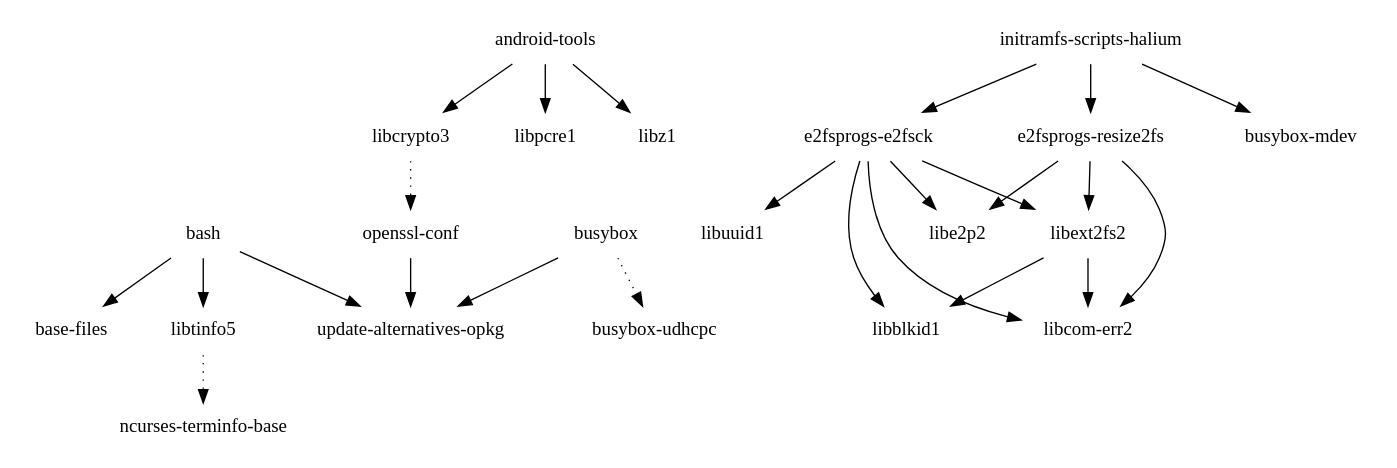
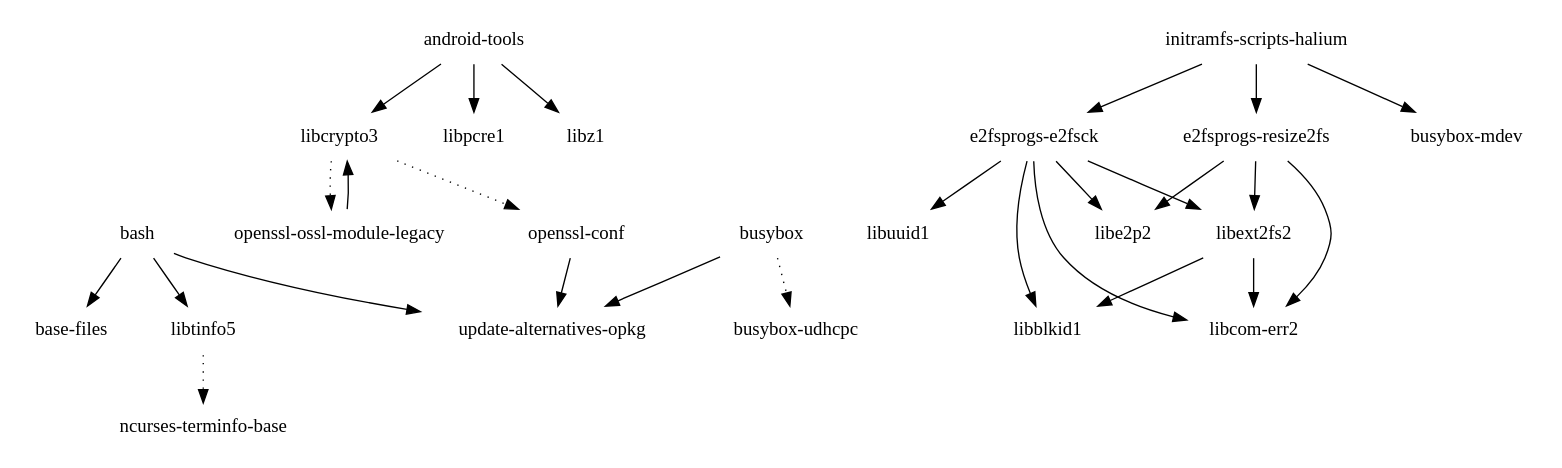
The diagram in images/hammerhead/glibc/initramfs-android-image/depends-nokernel-nolibc.dot (webOS-ports/buildhistory), drawn with Graphviz before and after one commit. The commit also changed 2121 other files, not shown here.

```diff
--- a/images/hammerhead/glibc/initramfs-android-image/depends-nokernel-nolibc.dot
+++ b/images/hammerhead/glibc/initramfs-android-image/depends-nokernel-nolibc.dot
@@ -1,27 +1,29 @@
 digraph depends {
     node [shape=plaintext]
 "android-tools" -> "libcrypto3"
 "android-tools" -> "libpcre1"
 "android-tools" -> "libz1"
 "bash" -> "base-files"
 "bash" -> "libtinfo5"
 "bash" -> "update-alternatives-opkg"
 "busybox" -> "busybox-udhcpc" [style=dotted]
 "busybox" -> "update-alternatives-opkg"
 "e2fsprogs-e2fsck" -> "libblkid1"
 "e2fsprogs-e2fsck" -> "libcom-err2"
 "e2fsprogs-e2fsck" -> "libe2p2"
 "e2fsprogs-e2fsck" -> "libext2fs2"
 "e2fsprogs-e2fsck" -> "libuuid1"
 "e2fsprogs-resize2fs" -> "libcom-err2"
 "e2fsprogs-resize2fs" -> "libe2p2"
 "e2fsprogs-resize2fs" -> "libext2fs2"
 "initramfs-scripts-halium" -> "busybox-mdev"
 "initramfs-scripts-halium" -> "e2fsprogs-e2fsck"
 "initramfs-scripts-halium" -> "e2fsprogs-resize2fs"
 "libcrypto3" -> "openssl-conf" [style=dotted]
+"libcrypto3" -> "openssl-ossl-module-legacy" [style=dotted]
 "libext2fs2" -> "libblkid1"
 "libext2fs2" -> "libcom-err2"
 "libtinfo5" -> "ncurses-terminfo-base" [style=dotted]
 "openssl-conf" -> "update-alternatives-opkg"
+"openssl-ossl-module-legacy" -> "libcrypto3"
 }
```
